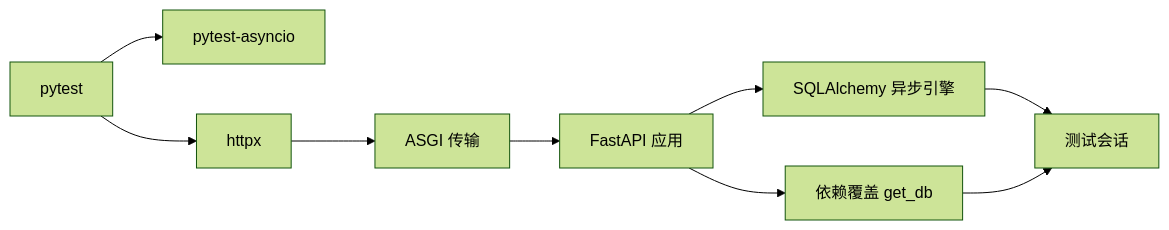
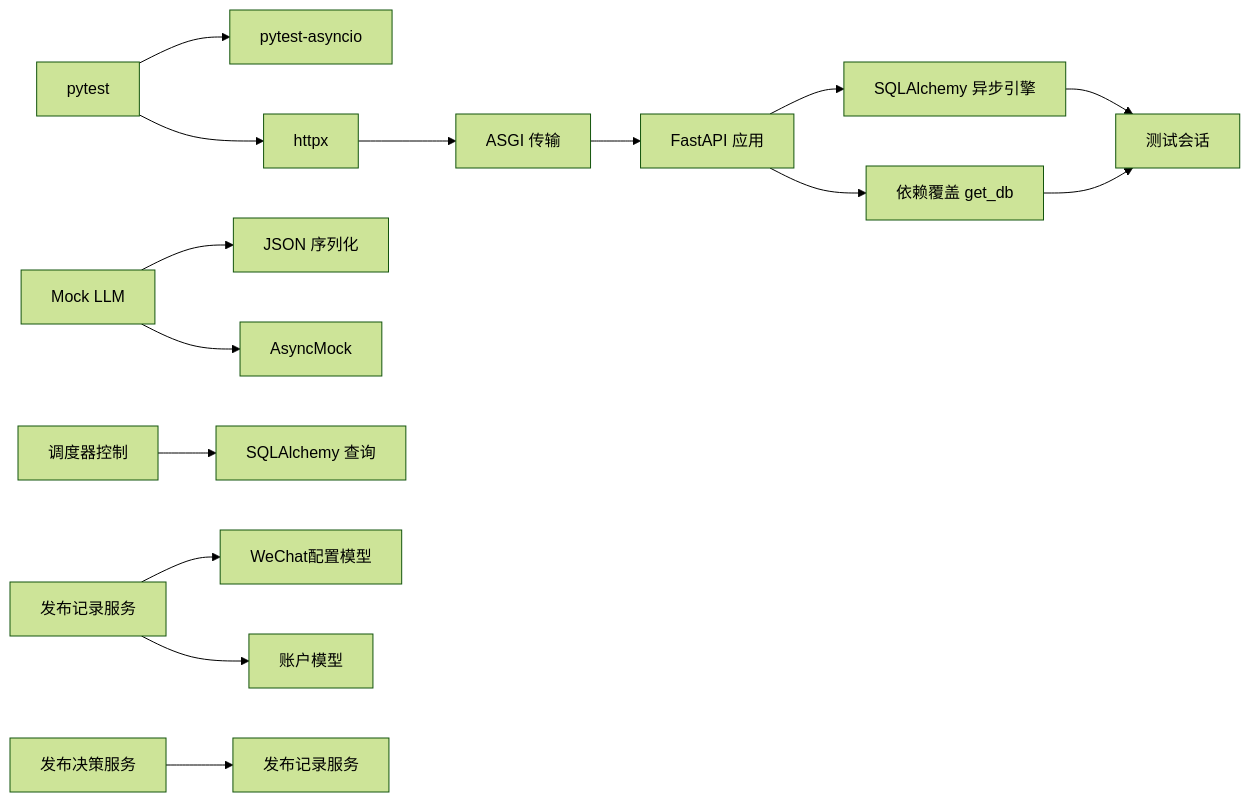
Before and after one commit to sansansansansan2022-web/hotclaw: the ninth of 9 diagrams in .qoder/repowiki/zh/content/开发指南/测试策略.md, drawn with Mermaid (forest theme). The commit also changed other lines of this file and 44 other files, not shown here.

````diff
--- a/.qoder/repowiki/zh/content/开发指南/测试策略.md
+++ b/.qoder/repowiki/zh/content/开发指南/测试策略.md
@@ -225,11 +594,17 @@
 ```mermaid
 graph LR
 P["pytest"] --> PA["pytest-asyncio"]
 P --> H["httpx"]
 H --> A["ASGI 传输"]
 A --> F["FastAPI 应用"]
 F --> D["SQLAlchemy 异步引擎"]
 D --> S["测试会话"]
 F --> O["依赖覆盖 get_db"]
 O --> S
+M["Mock LLM"] --> J["JSON 序列化"]
+M --> AM["AsyncMock"]
+SC["调度器控制"] --> SQ["SQLAlchemy 查询"]
+PR["发布记录服务"] --> WC["WeChat配置模型"]
+PR --> AC["账户模型"]
+PDS["发布决策服务"] --> PRS["发布记录服务"]
 ```
````
